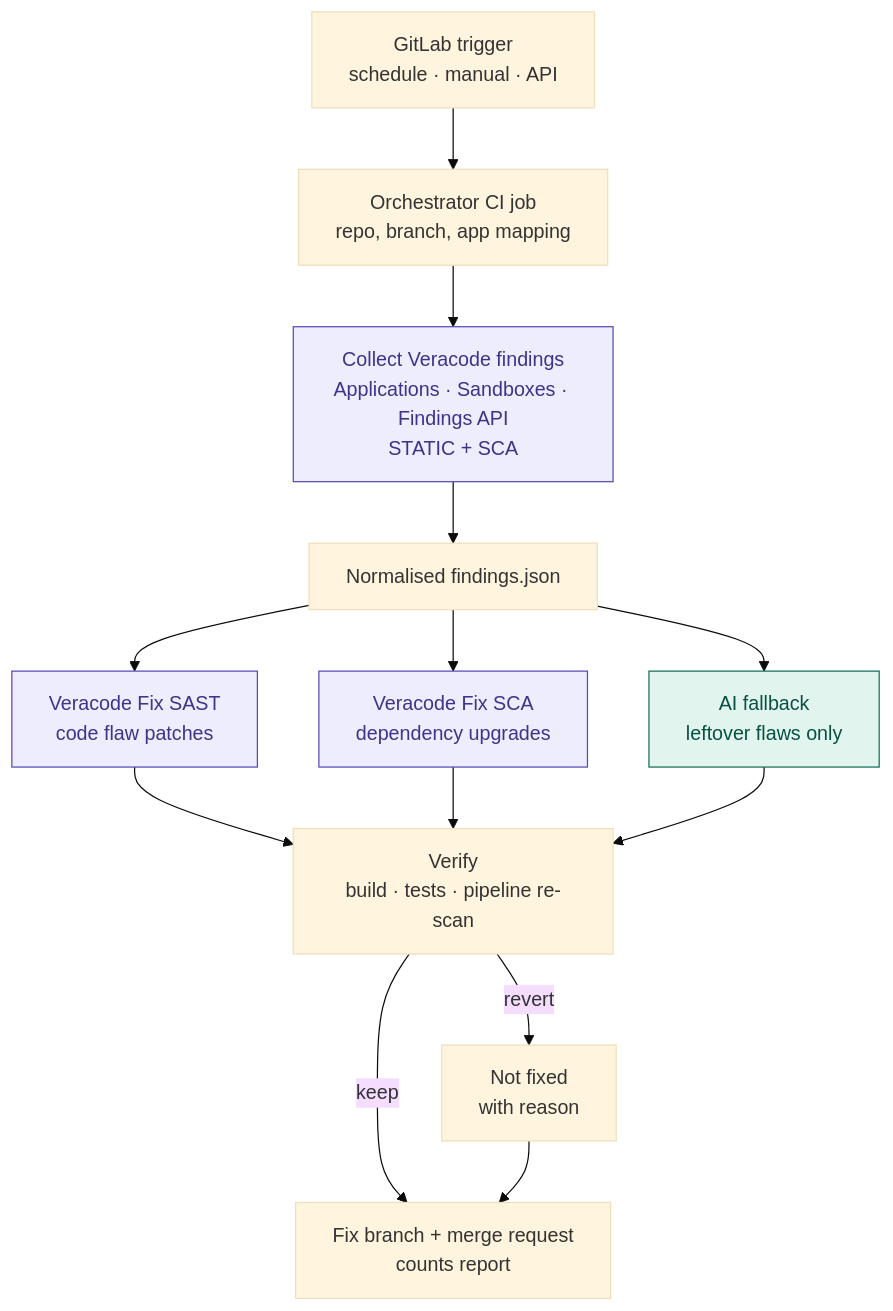
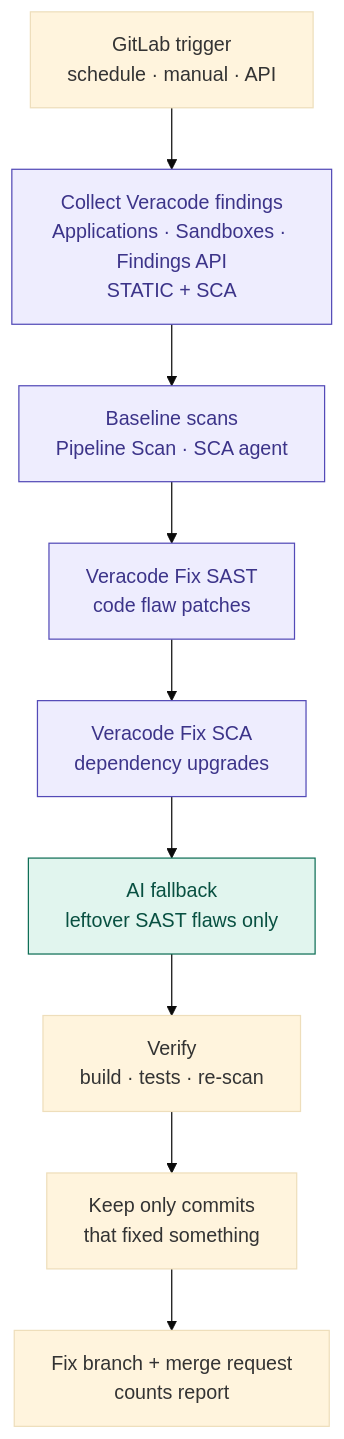
Before and after one commit to bipinasoft/veracode-auto-fix: the diagram in docs/architecture.md, drawn with Mermaid (base theme). The commit also changed other lines of this file and 24 other files, not shown here.

````diff
--- a/docs/architecture.md
+++ b/docs/architecture.md
@@ -3,20 +5,16 @@
 ```mermaid
 flowchart TD
-    T["GitLab trigger<br/>schedule · manual · API"] --> O["Orchestrator CI job<br/>repo, branch, app mapping"]
-    O --> C["Collect Veracode findings<br/>Applications · Sandboxes · Findings API<br/>STATIC + SCA"]
-    C --> N["Normalised findings.json"]
-    N --> FS["Veracode Fix SAST<br/>code flaw patches"]
-    N --> FC["Veracode Fix SCA<br/>dependency upgrades"]
-    N --> AI["AI fallback<br/>leftover flaws only"]
-    FS --> V["Verify<br/>build · tests · pipeline re-scan"]
-    FC --> V
-    AI --> V
-    V -->|keep| P["Fix branch + merge request<br/>counts report"]
-    V -->|revert| X["Not fixed<br/>with reason"]
-    X --> P
+    T["GitLab trigger<br/>schedule · manual · API"] --> C["Collect Veracode findings<br/>Applications · Sandboxes · Findings API<br/>STATIC + SCA"]
+    C --> B["Baseline scans<br/>Pipeline Scan · SCA agent"]
+    B --> FS["Veracode Fix SAST<br/>code flaw patches"]
+    FS --> FC["Veracode Fix SCA<br/>dependency upgrades"]
+    FC --> AI["AI fallback<br/>leftover SAST flaws only"]
+    AI --> V["Verify<br/>build · tests · re-scan"]
+    V --> K["Keep only commits<br/>that fixed something"]
+    K --> P["Fix branch + merge request<br/>counts report"]
 
     classDef veracode fill:#EEEDFE,stroke:#534AB7,color:#3C3489
     classDef ai fill:#E1F5EE,stroke:#0F6E56,color:#085041
-    class C,FS,FC veracode
+    class C,B,FS,FC veracode
     class AI ai
 ```
````
